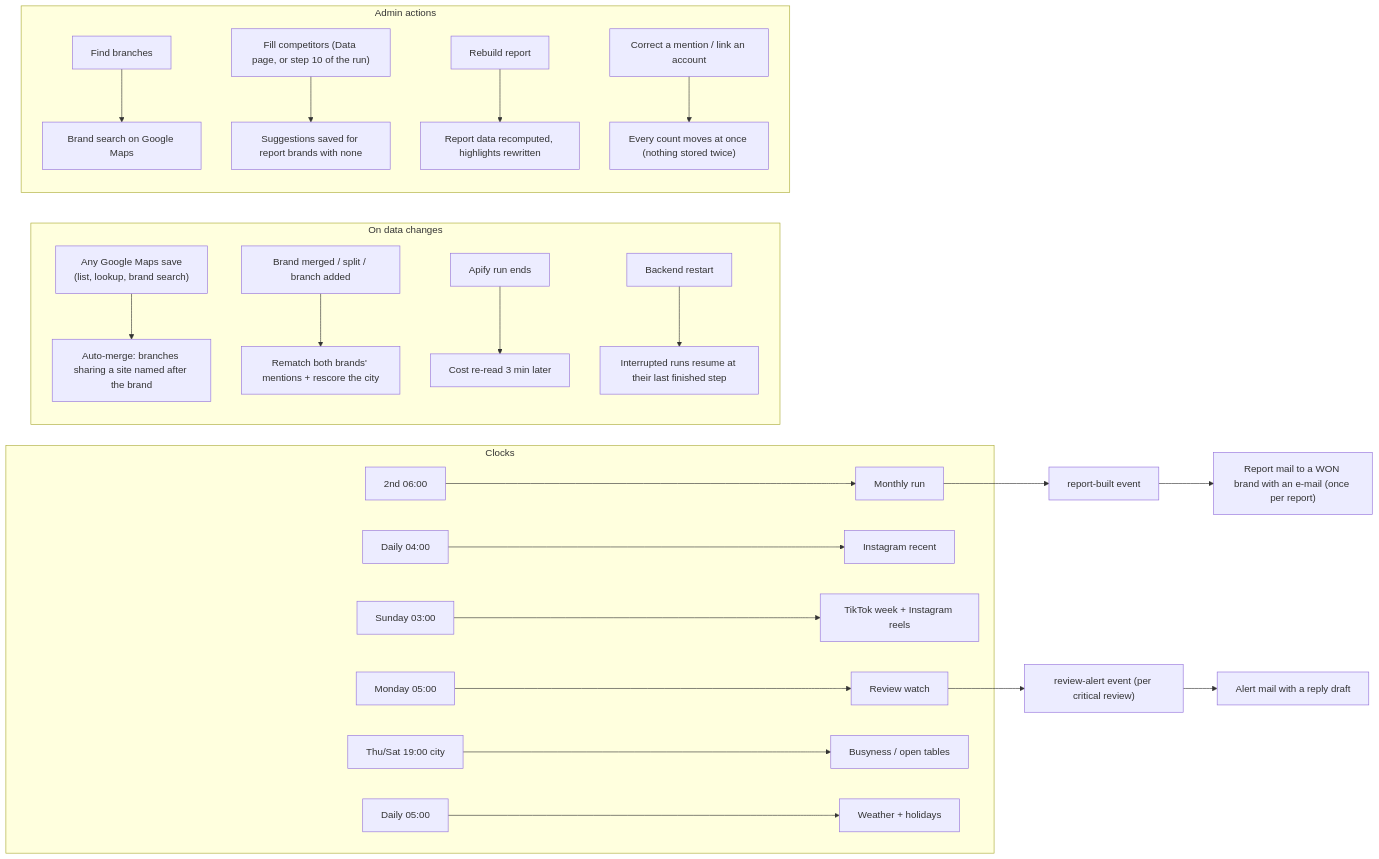
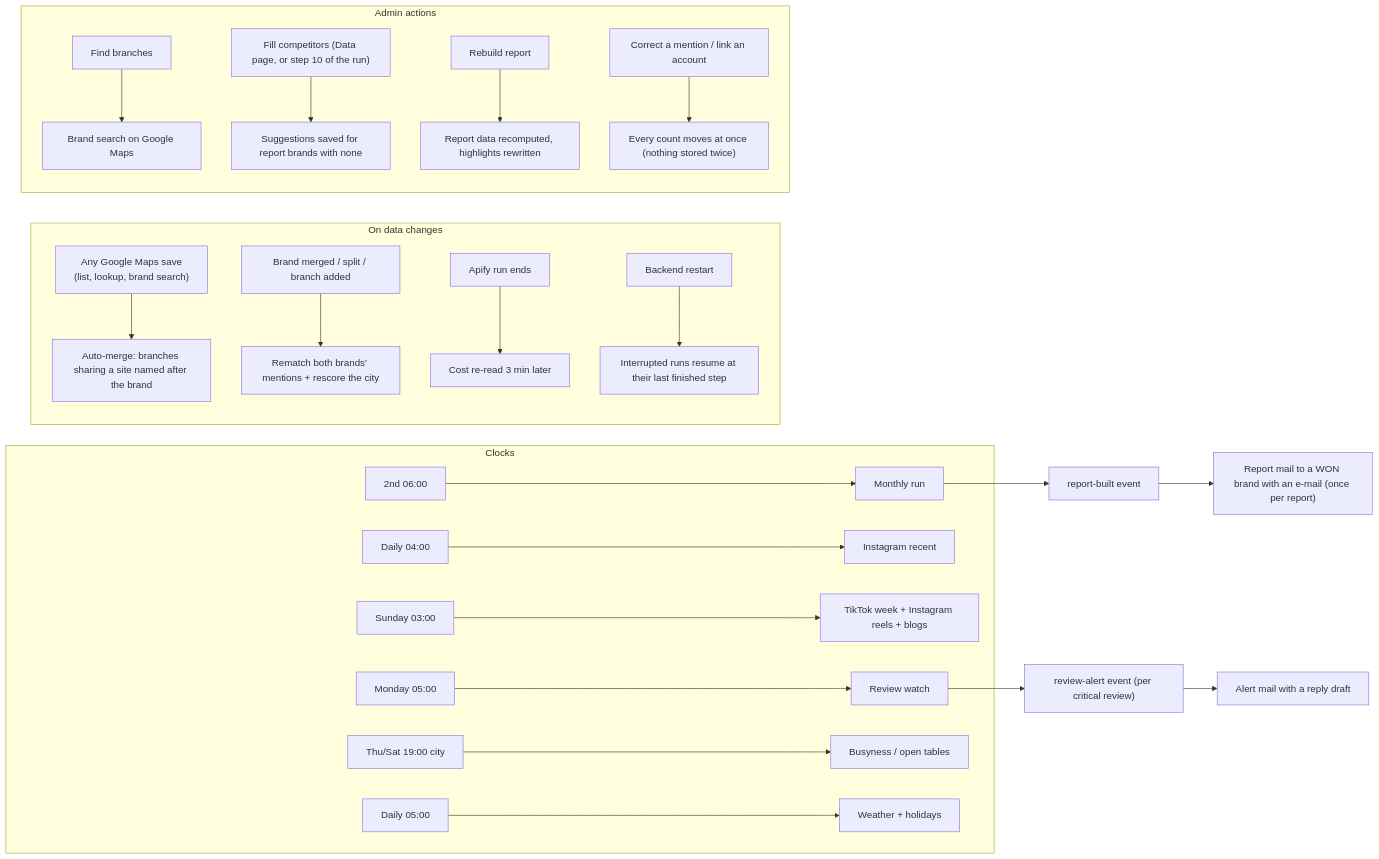
Before and after one commit to batuhandirek/culinary-report-monorepo: the second of 2 diagrams in human-docs/03-timeline-and-triggers.md, drawn with Mermaid. The commit also changed other lines of this file and 610 other files, not shown here.

````diff
--- a/human-docs/03-timeline-and-triggers.md
+++ b/human-docs/03-timeline-and-triggers.md
@@ -65,30 +67,30 @@
 ```mermaid
 flowchart LR
     subgraph clocks["Clocks"]
         m2["2nd 06:00"] --> run["Monthly run"]
         d4["Daily 04:00"] --> igr["Instagram recent"]
-        su3["Sunday 03:00"] --> wl["TikTok week + Instagram reels"]
+        su3["Sunday 03:00"] --> wl["TikTok week + Instagram reels + blogs"]
         mo5["Monday 05:00"] --> watch["Review watch"]
         thu["Thu/Sat 19:00 city"] --> samples["Busyness / open tables"]
         d5["Daily 05:00"] --> days["Weather + holidays"]
     end
 
     run --> built["report-built event"]
     built --> mail["Report mail to a WON brand with an e-mail (once per report)"]
     watch --> alert["review-alert event (per critical review)"]
     alert --> amail["Alert mail with a reply draft"]
 
     subgraph saves["On data changes"]
         vsave["Any Google Maps save<br/>(list, lookup, brand search)"] --> automerge["Auto-merge: branches sharing a site named after the brand"]
         bchange["Brand merged / split / branch added"] --> rematch["Rematch both brands' mentions + rescore the city"]
         apify["Apify run ends"] --> settle["Cost re-read 3 min later"]
         restart["Backend restart"] --> resume["Interrupted runs resume at their last finished step"]
     end
 
     subgraph admin["Admin actions"]
         find["Find branches"] --> bsearch["Brand search on Google Maps"]
         fill["Fill competitors (Data page, or step 10 of the run)"] --> comps["Suggestions saved for report brands with none"]
         rebuild["Rebuild report"] --> report["Report data recomputed, highlights rewritten"]
         correct["Correct a mention / link an account"] --> counts["Every count moves at once (nothing stored twice)"]
     end
 ```
````
